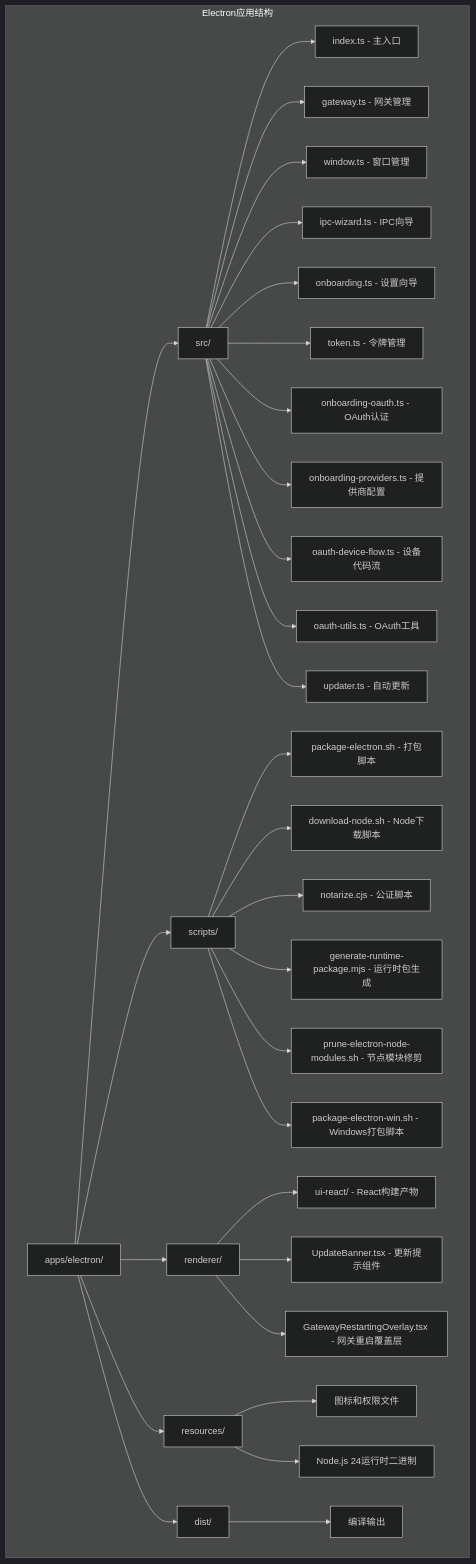
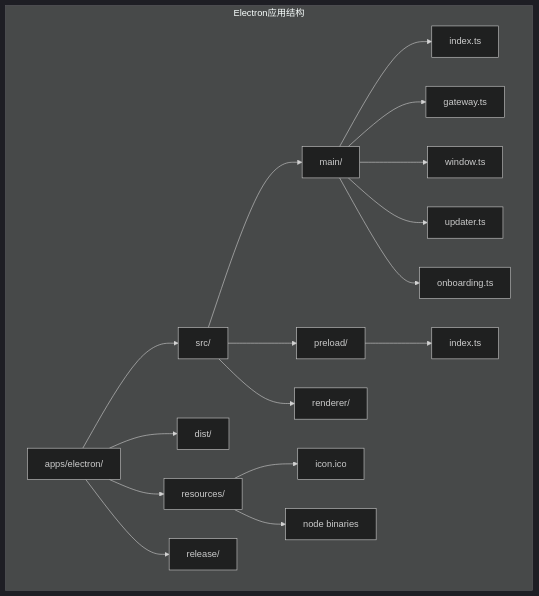
The first of 8 diagrams in .qoder/repowiki/zh/content/核心概念/Electron应用增强.md (verse-ai-org/openclaw), drawn with Mermaid (dark theme) before and after one commit. The commit also changed other lines of this file and 12 other files, not shown here.

````diff
--- a/.qoder/repowiki/zh/content/核心概念/Electron应用增强.md
+++ b/.qoder/repowiki/zh/content/核心概念/Electron应用增强.md
@@ -108,33 +44,20 @@
 ```mermaid
 graph TB
 subgraph "Electron应用结构"
 A[apps/electron/] --> B[src/]
-A --> C[renderer/]
+A --> C[dist/]
 A --> D[resources/]
-A --> E[dist/]
-A --> F[scripts/]
-B --> G[index.ts - 主入口]
-B --> H[gateway.ts - 网关管理]
-B --> I[window.ts - 窗口管理]
-B --> J[ipc-wizard.ts - IPC向导]
-B --> K[onboarding.ts - 设置向导]
-B --> L[token.ts - 令牌管理]
-B --> M[onboarding-oauth.ts - OAuth认证]
-B --> N[onboarding-providers.ts - 提供商配置]
-B --> O[oauth-device-flow.ts - 设备代码流]
-B --> P[oauth-utils.ts - OAuth工具]
-B --> Q[updater.ts - 自动更新]
-F --> R[package-electron.sh - 打包脚本]
-F --> S[download-node.sh - Node下载脚本]
-F --> T[notarize.cjs - 公证脚本]
-F --> U[generate-runtime-package.mjs - 运行时包生成]
-F --> V[prune-electron-node-modules.sh - 节点模块修剪]
-F --> W[package-electron-win.sh - Windows打包脚本]
-C --> X[ui-react/ - React构建产物]
-C --> Y[UpdateBanner.tsx - 更新提示组件]
-C --> Z[GatewayRestartingOverlay.tsx - 网关重启覆盖层]
-D --> AA[图标和权限文件]
-D --> BB[Node.js 24运行时二进制]
-E --> CC[编译输出]
+A --> E[release/]
+B --> F[main/]
+B --> G[preload/]
+B --> H[renderer/]
+F --> I[index.ts]
+F --> J[gateway.ts]
+F --> K[window.ts]
+F --> L[updater.ts]
+F --> M[onboarding.ts]
+G --> N[index.ts]
+D --> O[icon.ico]
+D --> P[node binaries]
 end
 ```
````
